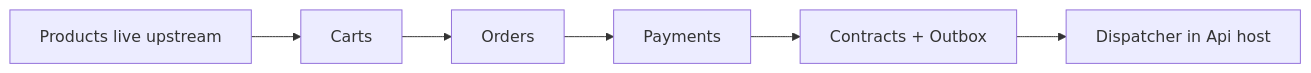
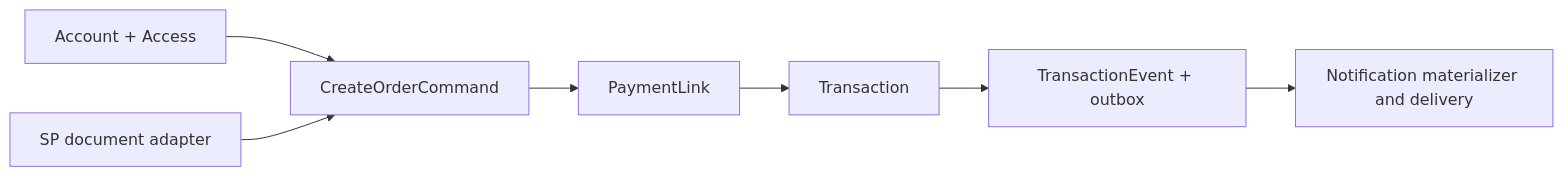
The diagram in docs/reference/layers-guide.md (metrodiesign/pol-core), drawn with Mermaid before and after one commit. The commit also changed other lines of this file and 15 other files, not shown here.

````diff
--- a/docs/reference/layers-guide.md
+++ b/docs/reference/layers-guide.md
@@ -118,8 +51,9 @@
 ```mermaid
 flowchart LR
-    P["Products live upstream"] --> C["Carts"]
-    C --> O["Orders"]
-    O --> T["Payments"]
-    T --> E["Contracts + Outbox"]
-    E --> D["Dispatcher in Api host"]
+    A["Account + Access"] --> O["CreateOrderCommand"]
+    P["SP document adapter"] --> O
+    O --> L["PaymentLink"]
+    L --> T["Transaction"]
+    T --> E["TransactionEvent + outbox"]
+    E --> N["Notification materializer and delivery"]
 ```
````
